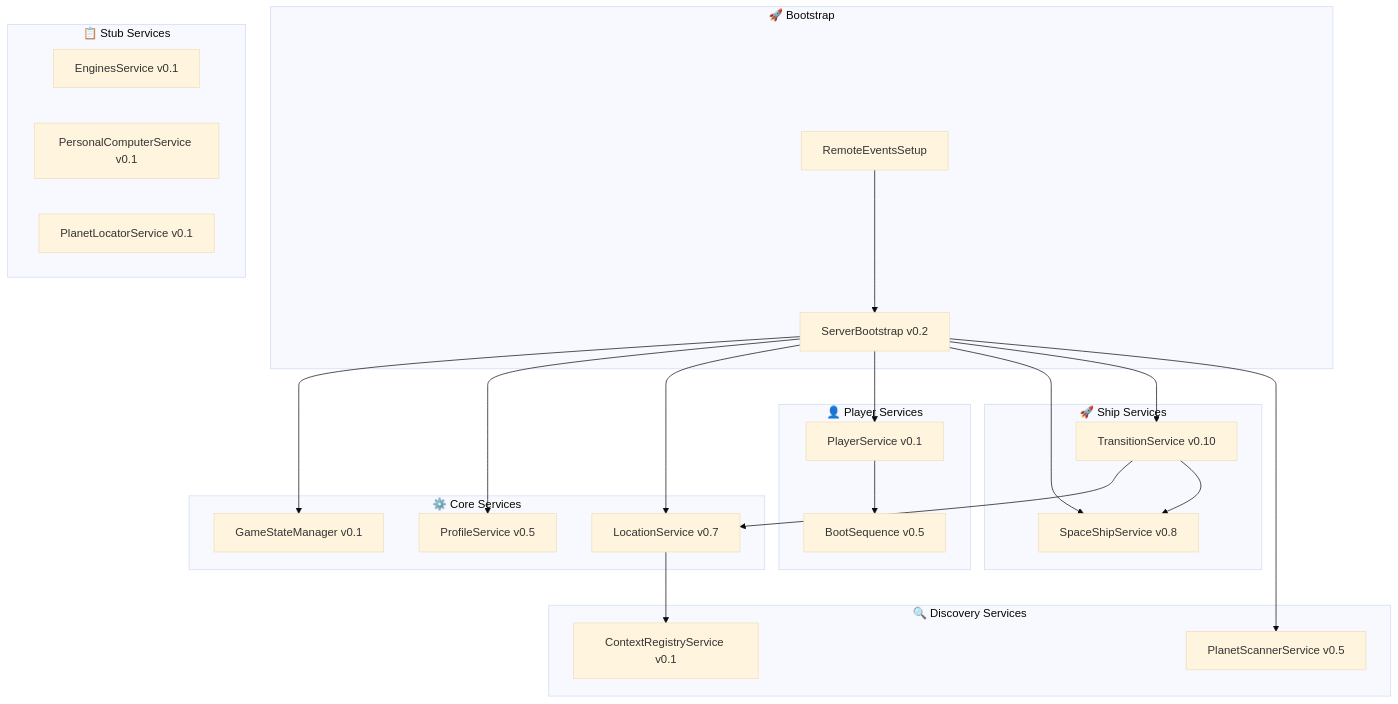
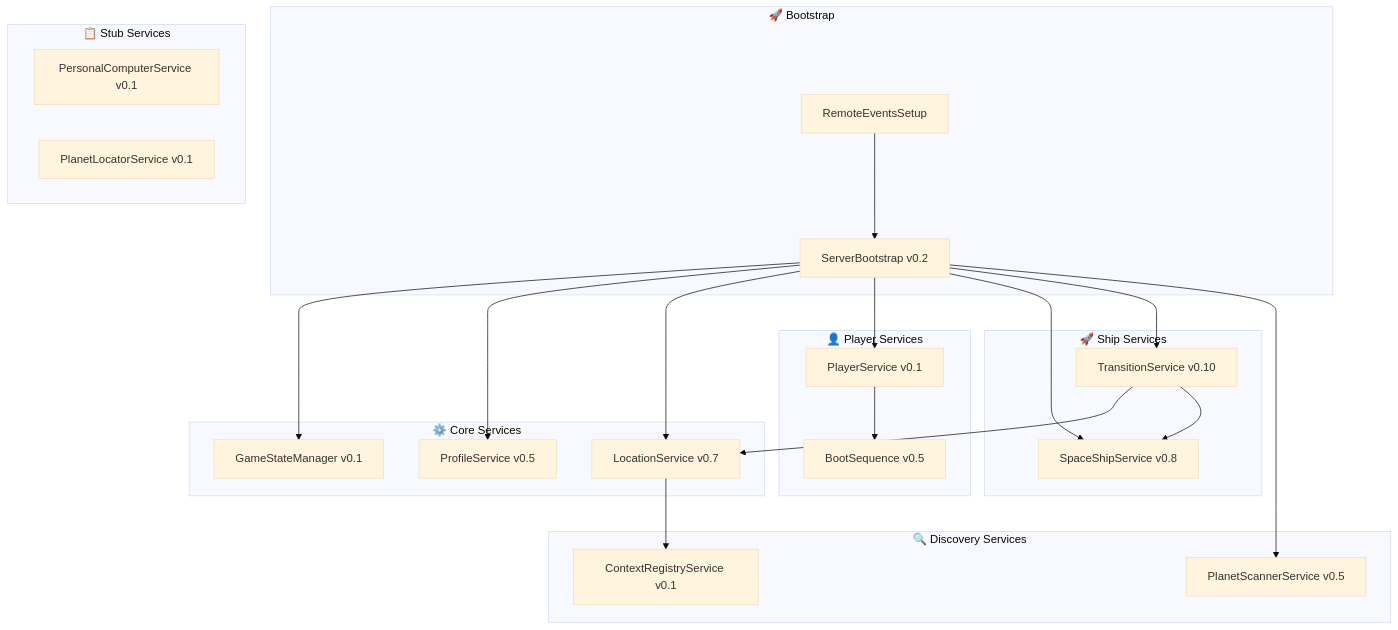
The second of 18 diagrams in Docs/TechDesign/ARCHITECTURE.md (nick-fedchik/CallOfRelics), drawn with Mermaid (base theme) before and after one commit. The commit also changed 3 other files, not shown here.

First line of the commit message:
refactor: Remove EnginesService stub, merge into SpaceShipService

````diff
--- a/Docs/TechDesign/ARCHITECTURE.md
+++ b/Docs/TechDesign/ARCHITECTURE.md
@@ -80,48 +80,47 @@
 ```mermaid
 flowchart TB
     subgraph Bootstrap["🚀 Bootstrap"]
         RES[RemoteEventsSetup]
         SB[ServerBootstrap v0.2]
     end
 
     subgraph Core["⚙️ Core Services"]
         GSM[GameStateManager v0.1]
         PS[ProfileService v0.5]
         LS[LocationService v0.7]
     end
 
     subgraph Player["👤 Player Services"]
         PLS[PlayerService v0.1]
         BS[BootSequence v0.5]
     end
 
     subgraph Ship["🚀 Ship Services"]
         SSS[SpaceShipService v0.8]
         TS[TransitionService v0.10]
     end
 
     subgraph Discovery["🔍 Discovery Services"]
         PSS[PlanetScannerService v0.5]
         CRS[ContextRegistryService v0.1]
     end
 
     subgraph Stubs["📋 Stub Services"]
-        ES[EnginesService v0.1]
         PCS[PersonalComputerService v0.1]
         PLOCS[PlanetLocatorService v0.1]
     end
 
     RES --> SB
     SB --> GSM
     SB --> PS
     SB --> LS
     SB --> PLS
     SB --> SSS
     SB --> TS
     SB --> PSS
 
     PLS --> BS
     TS --> LS
     TS --> SSS
     LS --> CRS
 ```
````
